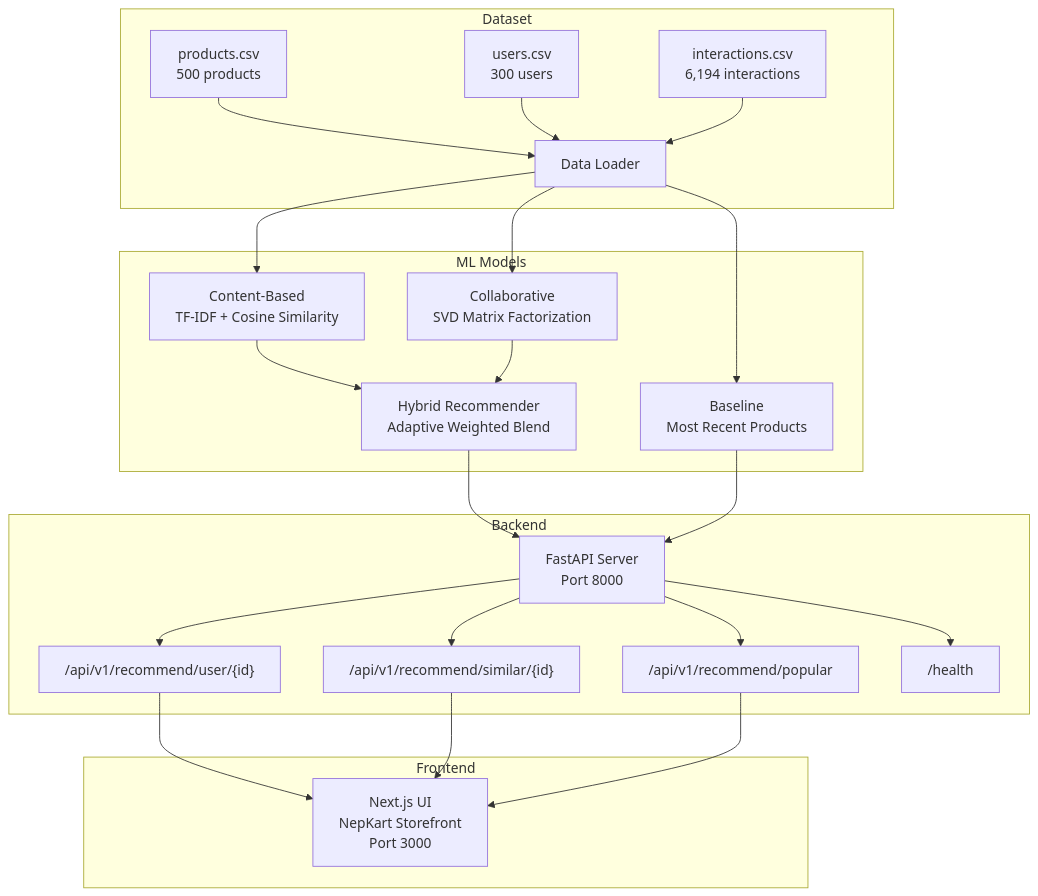
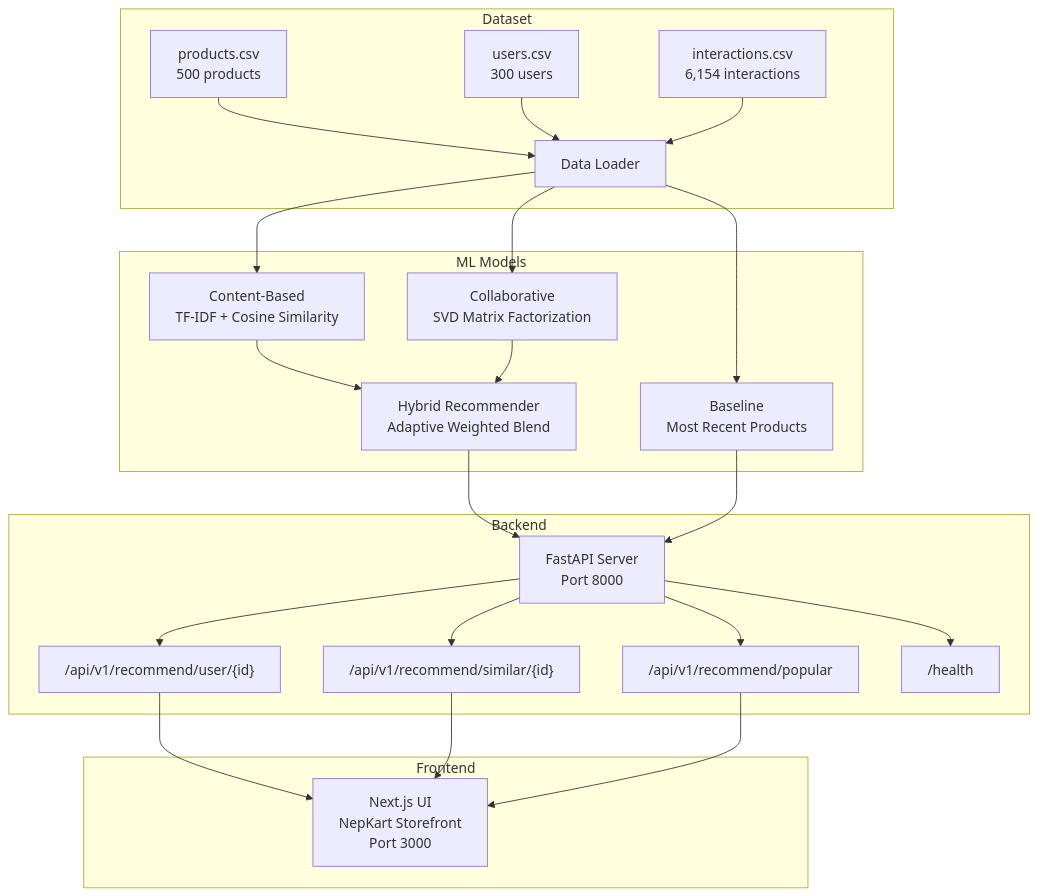
One commit to Aasu703/E-com-Recommendation changed the diagram in README.md. Above: the diagram before and after it, drawn with Mermaid. The commit also changed other lines of this file and 7 other files, not shown here.

````diff
--- a/README.md
+++ b/README.md
@@ -70,31 +72,31 @@
 ```mermaid
 graph TB
     subgraph Dataset
         A["products.csv<br/>500 products"] --> D["Data Loader"]
         B["users.csv<br/>300 users"] --> D
-        C["interactions.csv<br/>6,194 interactions"] --> D
+        C["interactions.csv<br/>6,154 interactions"] --> D
     end
 
     subgraph ML Models
         D --> E["Content-Based<br/>TF-IDF + Cosine Similarity"]
         D --> F["Collaborative<br/>SVD Matrix Factorization"]
         D --> G["Baseline<br/>Most Recent Products"]
         E --> H["Hybrid Recommender<br/>Adaptive Weighted Blend"]
         F --> H
     end
 
     subgraph Backend
         H --> I["FastAPI Server<br/>Port 8000"]
         G --> I
         I --> J["/api/v1/recommend/user/{id}"]
         I --> K["/api/v1/recommend/similar/{id}"]
         I --> L["/api/v1/recommend/popular"]
         I --> M["/health"]
     end
 
     subgraph Frontend
         J --> N["Next.js UI<br/>NepKart Storefront<br/>Port 3000"]
         K --> N
         L --> N
     end
 ```
````
